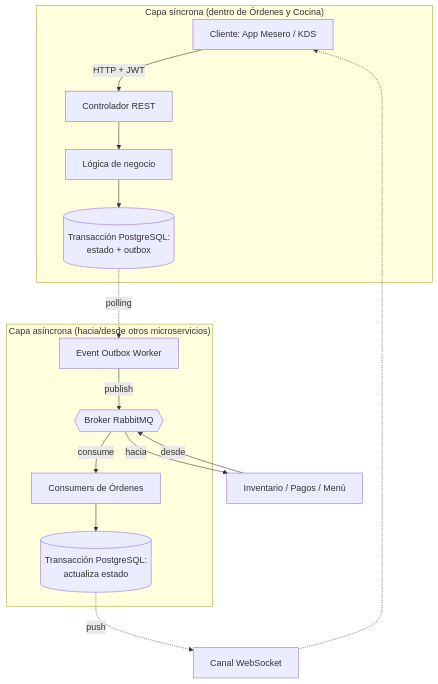
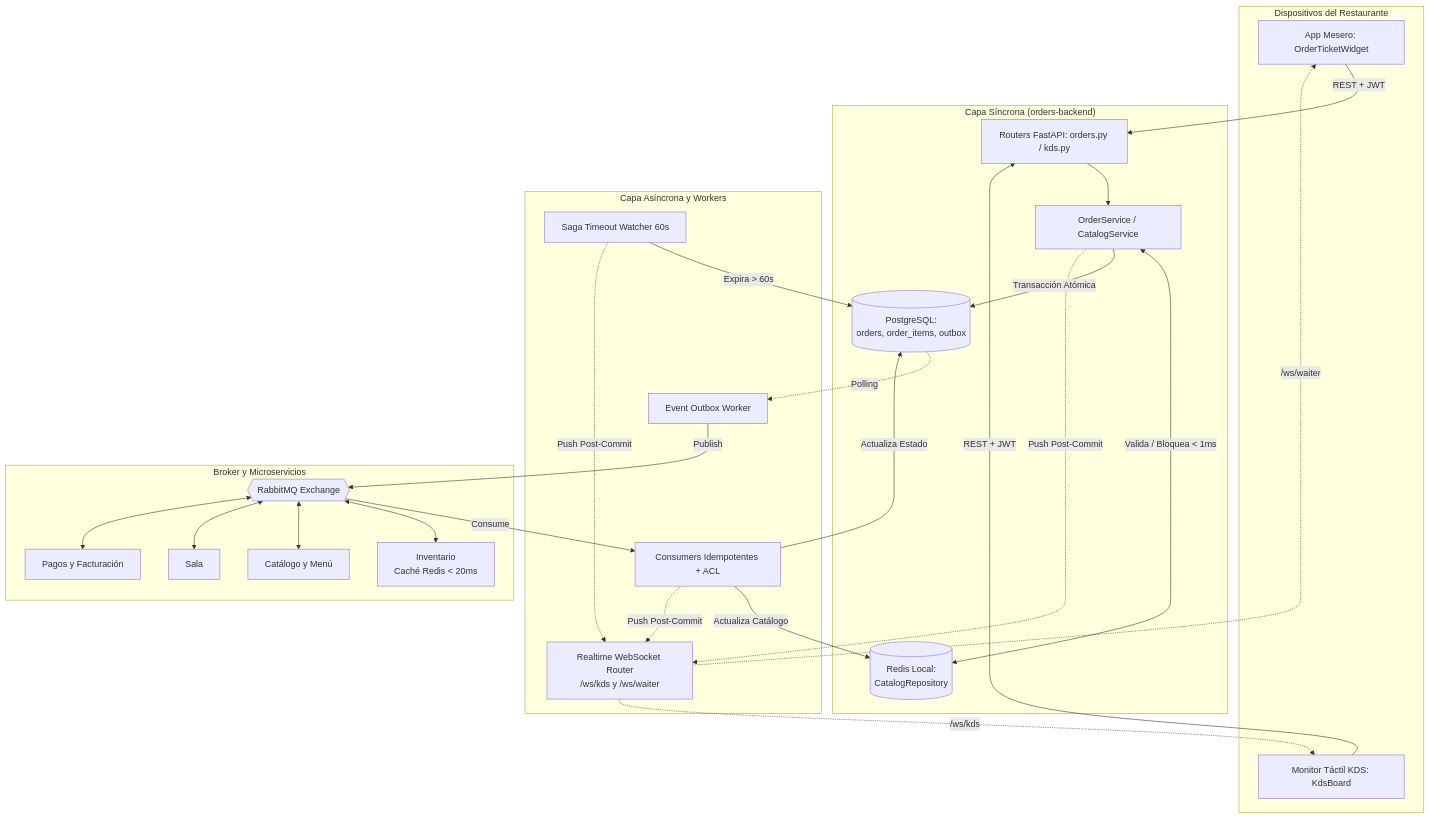
The third of 3 diagrams in docs/API_COMUNICACIONES.md (FMAT-Restaurant/OrdersKDS-Backend), drawn with Mermaid before and after one commit. The commit also changed other lines of this file and 41 other files, not shown here.

First line of the commit message:
feat(orders): refactor order lifecycle with RESERVED state, KDS preparation start, and partial stock handling (#115)

````diff
--- a/docs/API_COMUNICACIONES.md
+++ b/docs/API_COMUNICACIONES.md
@@ -287,21 +595,50 @@
 ```mermaid
 flowchart TB
-    subgraph Sincrono["Capa síncrona (dentro de Órdenes y Cocina)"]
-        C[Cliente: App Mesero / KDS] -->|HTTP + JWT| CTRL[Controlador REST]
-        CTRL --> BL[Lógica de negocio]
-        BL --> TX[(Transacción PostgreSQL:<br/>estado + outbox)]
+    subgraph Clientes["Dispositivos del Restaurante"]
+        W[App Mesero: OrderTicketWidget]
+        K[Monitor Táctil KDS: KdsBoard]
     end
 
-    subgraph Asincrono["Capa asíncrona (hacia/desde otros microservicios)"]
-        TX -.->|polling| WORKER[Event Outbox Worker]
-        WORKER -->|publish| BROKER{{Broker RabbitMQ}}
-        BROKER -->|consume| CONSUMER[Consumers de Órdenes]
-        CONSUMER --> TX2[(Transacción PostgreSQL:<br/>actualiza estado)]
+    subgraph Sincrono["Capa Síncrona (orders-backend)"]
+        CTRL[Routers FastAPI: orders.py / kds.py]
+        SVC[OrderService / CatalogService]
+        REDIS[(Redis Local:<br/>CatalogRepository)]
+        DB[(PostgreSQL:<br/>orders, order_items, outbox)]
     end
 
-    BROKER -->|hacia| OTROS[Inventario / Pagos / Menú]
-    OTROS -->|desde| BROKER
+    subgraph Asincrono["Capa Asíncrona y Workers"]
+        OUTBOX_W[Event Outbox Worker]
+        TIMEOUT_W[Saga Timeout Watcher 60s]
+        CONS[Consumers Idempotentes + ACL]
+        WS[Realtime WebSocket Router<br/>/ws/kds y /ws/waiter]
+    end
 
-    TX2 -.->|push| WS[Canal WebSocket]
-    WS -.-> C
+    subgraph Externos["Broker y Microservicios"]
+        BROKER{{RabbitMQ Exchange}}
+        INV[Inventario<br/>Caché Redis < 20ms]
+        MENU[Catálogo y Menú]
+        SALA[Sala]
+        PAGOS[Pagos y Facturación]
+    end
+
+    W -->|REST + JWT| CTRL
+    K -->|REST + JWT| CTRL
+    CTRL --> SVC
+    SVC <-->|Valida / Bloquea < 1ms| REDIS
+    SVC -->|Transacción Atómica| DB
+    TIMEOUT_W -->|Expira > 60s| DB
+    DB -.->|Polling| OUTBOX_W
+    OUTBOX_W -->|Publish| BROKER
+    BROKER -->|Consume| CONS
+    CONS -->|Actualiza Estado| DB
+    CONS -->|Actualiza Catálogo| REDIS
+    BROKER <--> INV
+    BROKER <--> MENU
+    BROKER <--> SALA
+    BROKER <--> PAGOS
+    SVC -.->|Push Post-Commit| WS
+    CONS -.->|Push Post-Commit| WS
+    TIMEOUT_W -.->|Push Post-Commit| WS
+    WS -.->|/ws/waiter| W
+    WS -.->|/ws/kds| K
 ```
````
